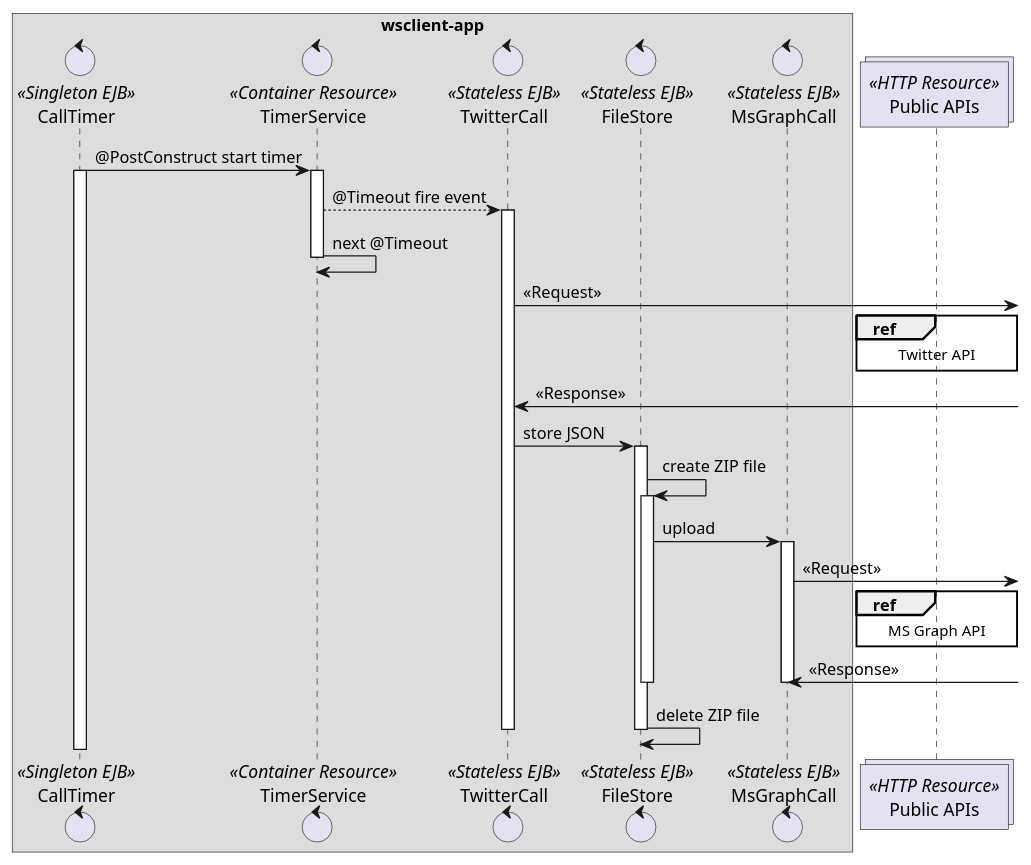
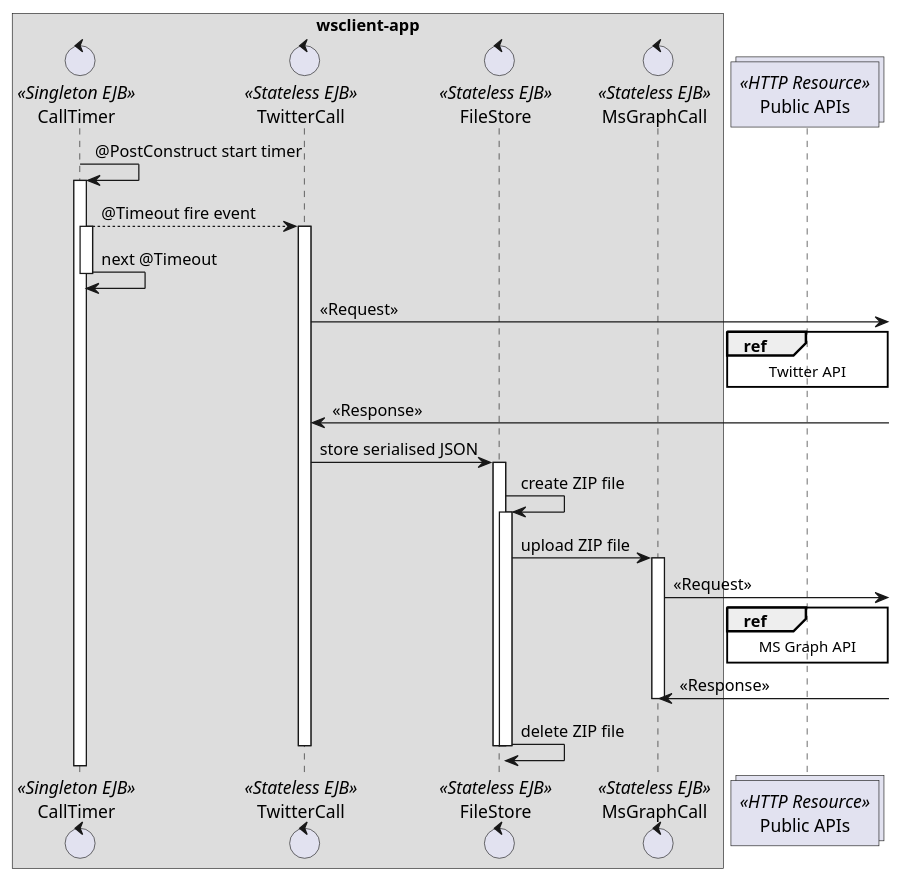
One commit to UCL/wsclient-cloudstore-poc changed the first of 2 diagrams in src/main/asciidoc/index.adoc. Above: the diagram before and after it, drawn with PlantUML. The commit also changed other lines of this file and 6 other files, not shown here.

Commit message:
Update sequence diagram. Add information on wsclient-app

```diff
--- a/src/main/asciidoc/index.adoc
+++ b/src/main/asciidoc/index.adoc
@@ -39,39 +54,38 @@
 [plantuml, wsclient-sequence, svg]
 ....
 box "wsclient-app"
 control CallTimer <<Singleton EJB>>
-control TimerService <<Container Resource>>
 control TwitterCall <<Stateless EJB>>
 control FileStore <<Stateless EJB>>
 control MsGraphCall <<Stateless EJB>>
 end box
 collections PubAPIs as "Public APIs" <<HTTP Resource>>
 
-CallTimer -> TimerService: @PostConstruct start timer
+CallTimer -> CallTimer : @PostConstruct start timer
 activate CallTimer
-activate TimerService
 
-TimerService --> TwitterCall: @Timeout fire event
+CallTimer --> TwitterCall: @Timeout fire event
+activate CallTimer
 activate TwitterCall
-TimerService -> TimerService: next @Timeout
-deactivate TimerService
+CallTimer -> CallTimer: next @Timeout
+deactivate CallTimer
 
 TwitterCall ->] : <<Request>>
 ref over PubAPIs: Twitter API
 TwitterCall <-] : <<Response>>
-TwitterCall -> FileStore : store JSON
+TwitterCall -> FileStore : store serialised JSON
 activate FileStore
 
 FileStore -> FileStore : create ZIP file
 activate FileStore
-FileStore -> MsGraphCall : upload
+FileStore -> MsGraphCall : upload ZIP file
 activate MsGraphCall
 MsGraphCall ->] : <<Request>>
 ref over PubAPIs: MS Graph API
 MsGraphCall <-] : <<Response>>
 deactivate MsGraphCall
+FileStore -> FileStore : delete ZIP file
 deactivate FileStore
-FileStore -> FileStore : delete ZIP file
 deactivate FileStore
 deactivate TwitterCall
 ....
```
